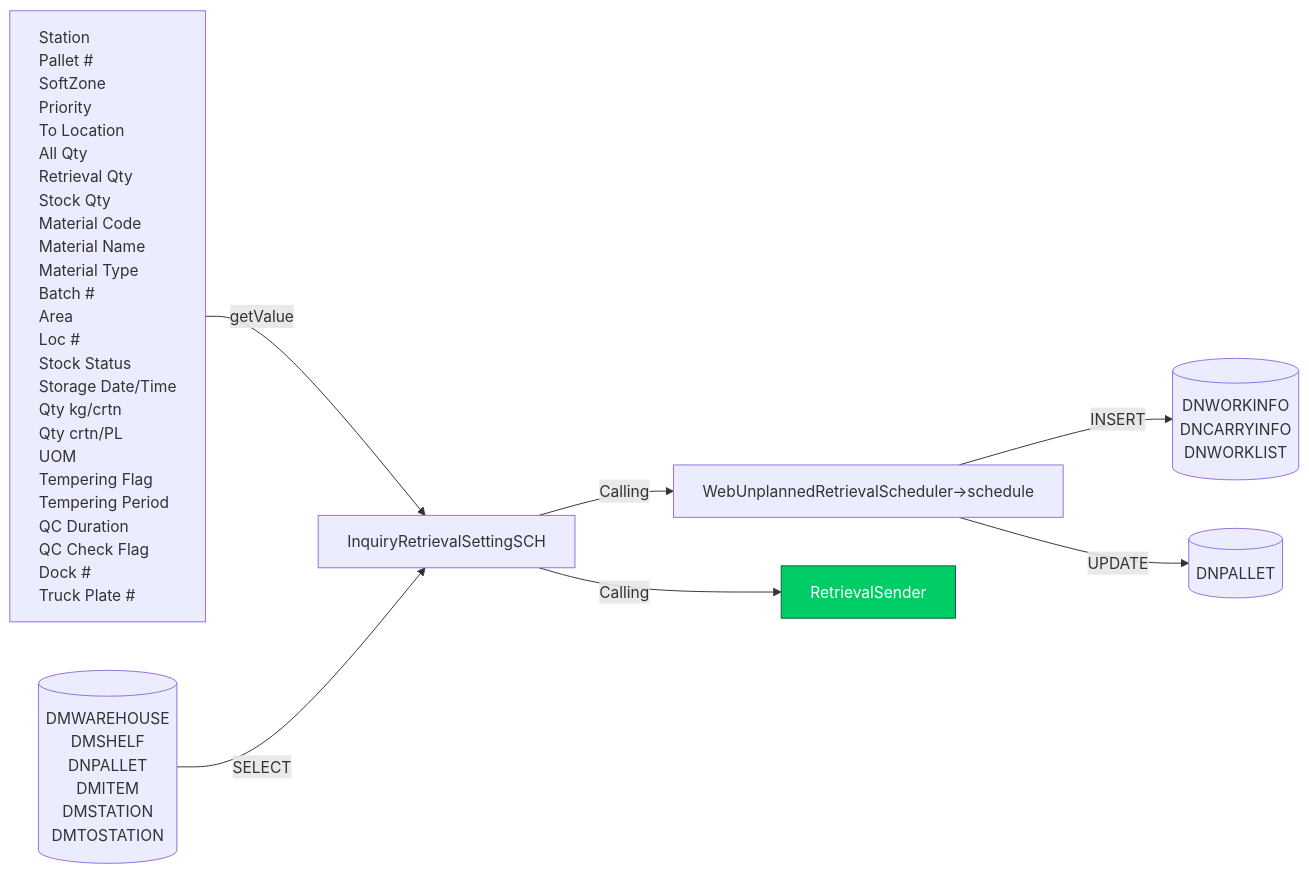
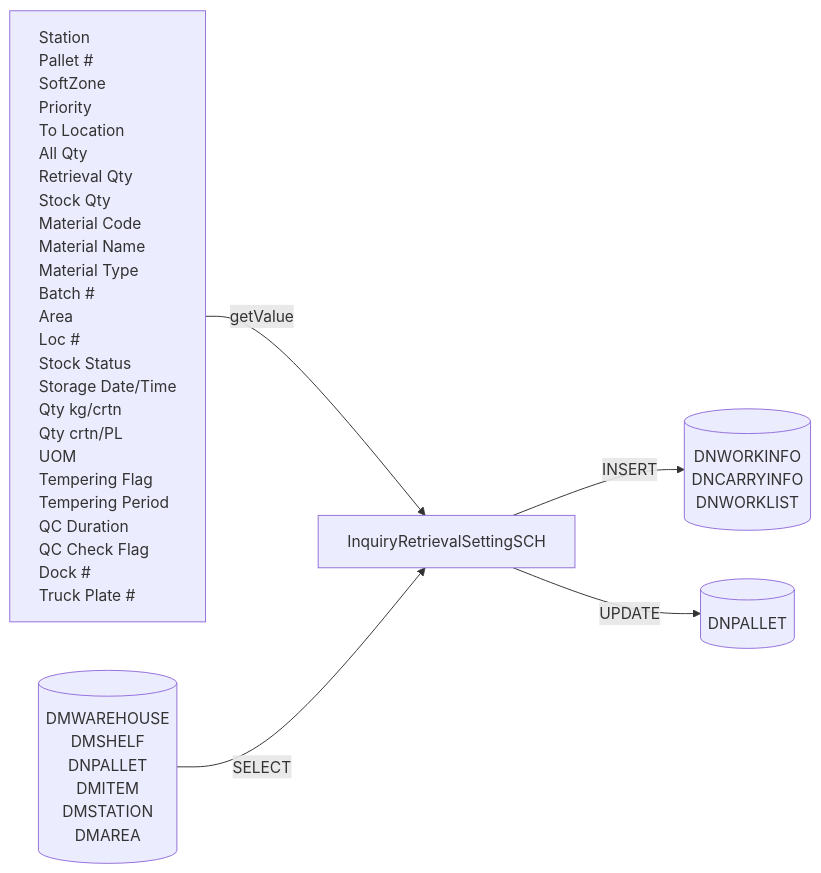
The second of 7 diagrams in Basic-Design/DFD-WMS/Retrieval/Unplanned-Retrieval-from-OP-Area-(PKG).md (luthfiadityaa/SimeDarby-Wiki), drawn with Mermaid before and after one commit. The commit also changed other lines of this file, not shown here.

Commit message:
Updated Unplanned Retrieval from OP Area (PKG)

```diff
--- a/Basic-Design/DFD-WMS/Retrieval/Unplanned-Retrieval-from-OP-Area-(PKG).md
+++ b/Basic-Design/DFD-WMS/Retrieval/Unplanned-Retrieval-from-OP-Area-(PKG).md
@@ -73,62 +73,58 @@
 ::: mermaid
 flowchart LR
     input[
         Station
         Pallet #
         SoftZone
         Priority
         To Location
         All Qty
         Retrieval Qty
         Stock Qty
         Material Code
         Material Name
         Material Type
         Batch #
         Area
         Loc #
         Stock Status
         Storage Date/Time
         Qty kg/crtn
         Qty crtn/PL
         UOM
         Tempering Flag
         Tempering Period
         QC Duration
         QC Check Flag
         Dock #
         Truck Plate #  
     ]
 
     tableList-insert[("
         DNWORKINFO
         DNCARRYINFO
         DNWORKLIST
     ")]
 
      tableList-select[("
         DMWAREHOUSE
         DMSHELF
         DNPALLET
         DMITEM
         DMSTATION
-        DMTOSTATION
+        DMAREA
     ")]
 
     tableList-update[("
         DNPALLET
     ")]
 
     className[InquiryRetrievalSettingSCH]
-    className--> |Calling| className2[WebUnplannedRetrievalScheduler→schedule] --> |INSERT| tableList-insert
+    className--> |INSERT| tableList-insert
     input --> |getValue| className 
-    className--> |Calling| P1[RetrievalSender]
-    className2 --> |UPDATE| tableList-update
+    className --> |UPDATE| tableList-update
     tableList-select --> |SELECT| className
-
-    click P1 "https://dev.azure.com/Daifuku-SW/ID_SimeDarbyPlantation/_wiki/wikis/ID_SimeDarbyPlantation.wiki/956/Stacked-Empty-Pallet?anchor=retrieval-sender" "Go to Retrieval Retrieval Sender"
-    style P1 fill:#00cc66,stroke:#006633,color:#ffffff
 
     classDef leftAlign text-align:left;
     class input leftAlign;
 :::
```
